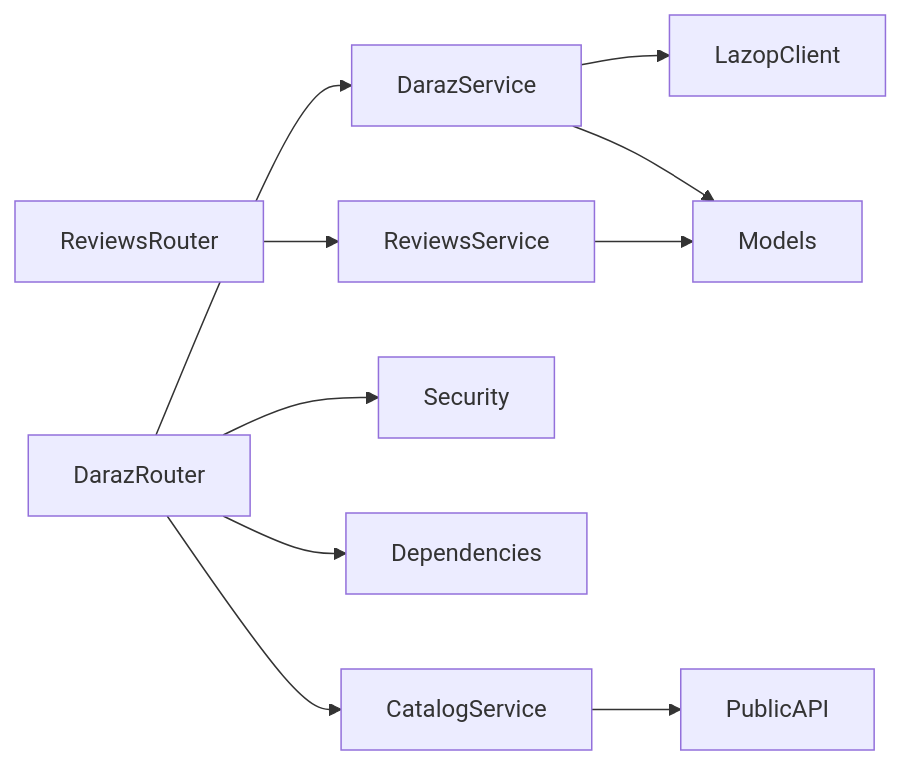
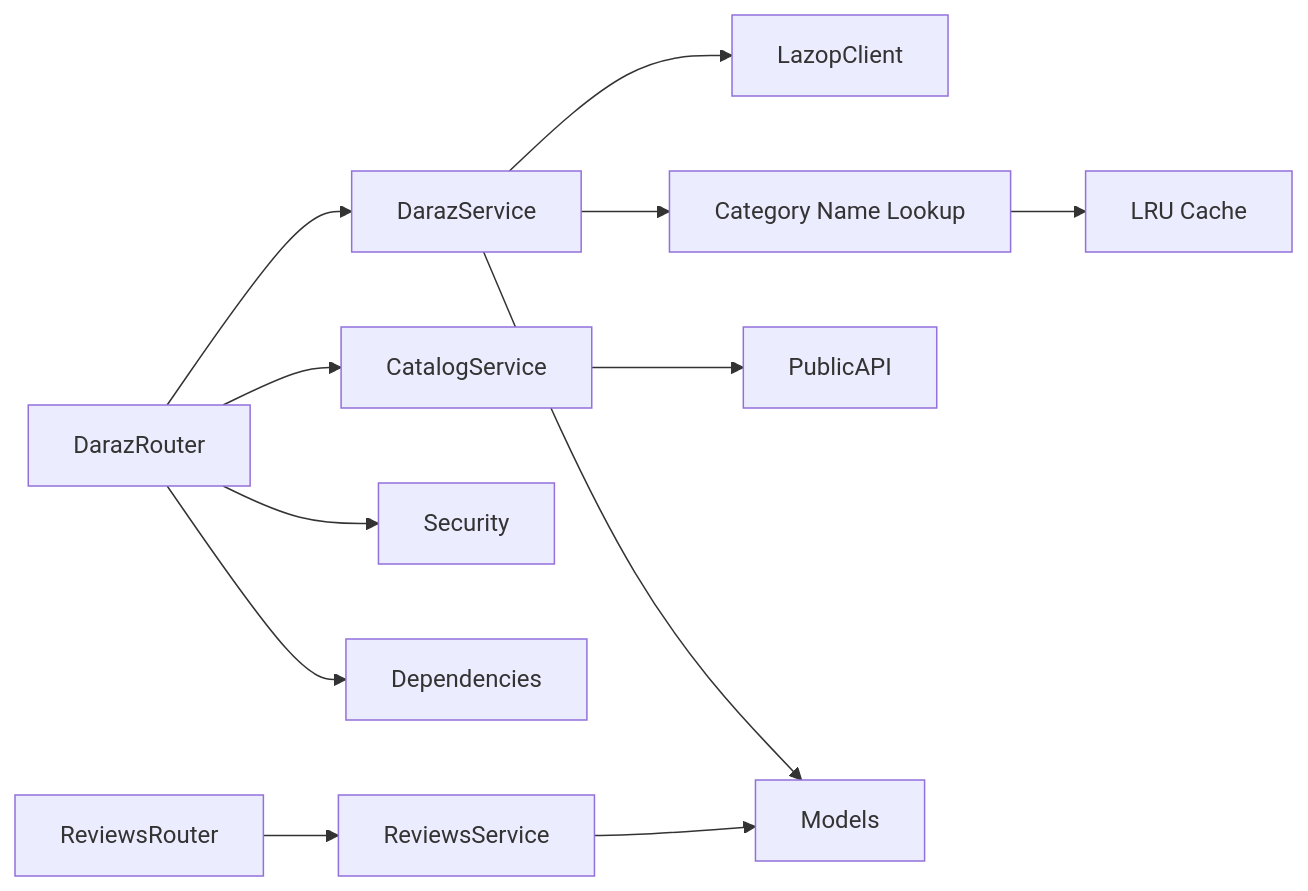
Before and after one commit to Muhammad-Masood/tijarah-ai-backend: the sixth of 6 diagrams in .qoder/repowiki/en/content/API Reference/Marketplace Integration API/Daraz Integration API.md, drawn with Mermaid. The commit also changed other lines of this file and 18 other files, not shown here.

First line of the commit message:
feat(daraz): enhance product category information with caching and enrichment

````diff
--- a/.qoder/repowiki/en/content/API Reference/Marketplace Integration API/Daraz Integration API.md
+++ b/.qoder/repowiki/en/content/API Reference/Marketplace Integration API/Daraz Integration API.md
@@ -394,12 +456,14 @@
 ```mermaid
 graph LR
 DarazRouter --> DarazService
 DarazRouter --> CatalogService
 DarazRouter --> Security
 DarazRouter --> Dependencies
 DarazService --> LazopClient
+DarazService --> CategoryLookup["Category Name Lookup"]
 CatalogService --> PublicAPI
 DarazService --> Models
 ReviewsRouter --> ReviewsService
 ReviewsService --> Models
+CategoryLookup --> LRU["LRU Cache"]
 ```
````
